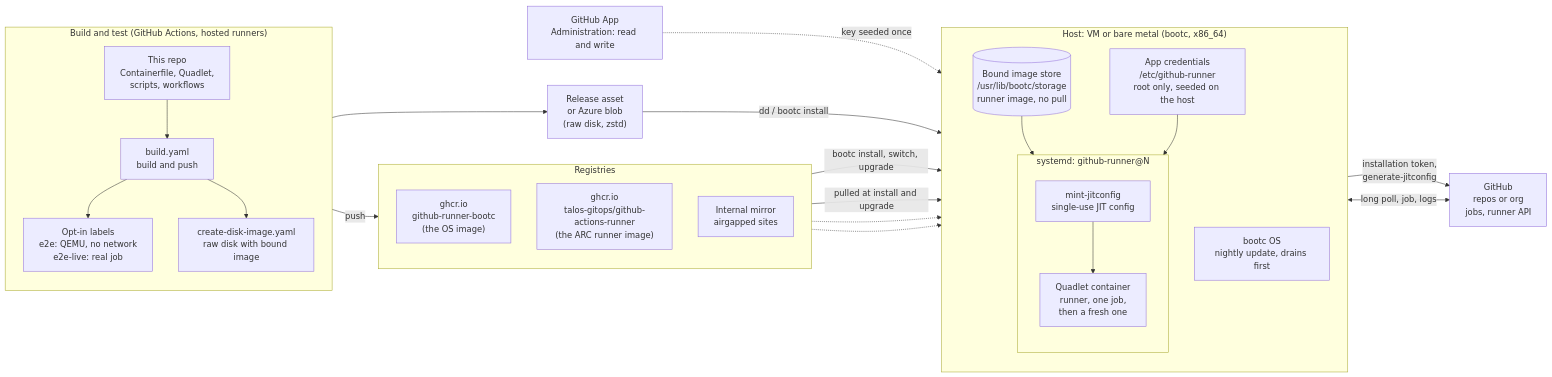
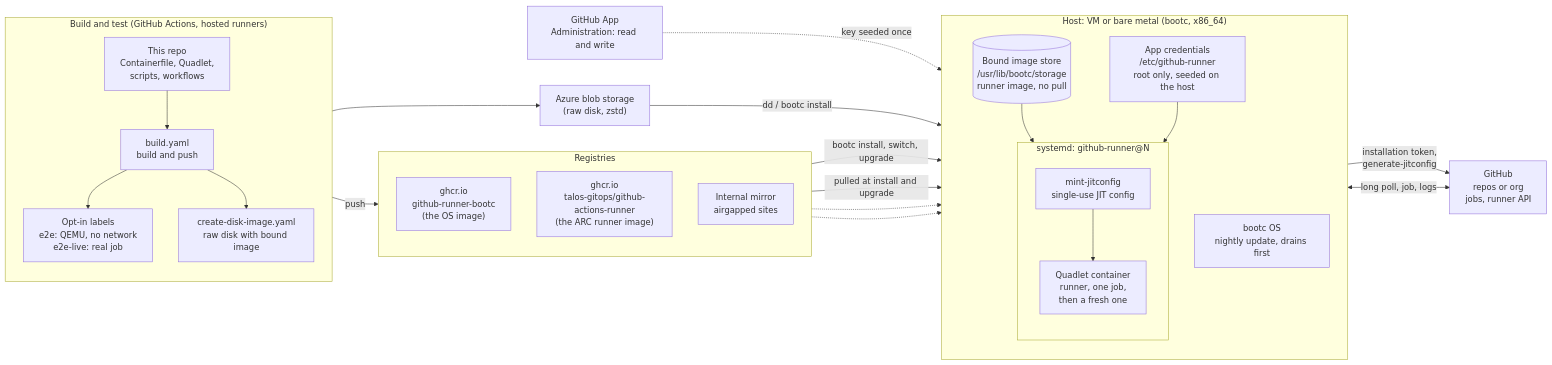
Before and after one commit to cthtrifork/github-runner-bootc: the first of 2 diagrams in docs/architecture.md, drawn with Mermaid. The commit also changed other lines of this file and 6 other files, not shown here.

First line of the commit message:
ci(disk): upload the disk image to Azure blob storage only

````diff
--- a/docs/architecture.md
+++ b/docs/architecture.md
@@ -7,50 +7,50 @@
 ```mermaid
 flowchart LR
     subgraph BUILD["Build and test (GitHub Actions, hosted runners)"]
         direction TB
         SRC["This repo<br/>Containerfile, Quadlet,<br/>scripts, workflows"]
         CI["build.yaml<br/>build and push"]
         E2E["Opt-in labels<br/>e2e: QEMU, no network<br/>e2e-live: real job"]
         DISK["create-disk-image.yaml<br/>raw disk with bound image"]
         SRC --> CI --> E2E
         CI --> DISK
     end
 
     subgraph REG["Registries"]
         direction TB
         OS["ghcr.io<br/>github-runner-bootc<br/>(the OS image)"]
         RUN["ghcr.io<br/>talos-gitops/github-actions-runner<br/>(the ARC runner image)"]
         MIRROR["Internal mirror<br/>airgapped sites"]
     end
 
-    DEST["Release asset<br/>or Azure blob<br/>(raw disk, zstd)"]
+    DEST["Azure blob storage<br/>(raw disk, zstd)"]
 
     subgraph HOST["Host: VM or bare metal (bootc, x86_64)"]
         direction TB
         BOOTC["bootc OS<br/>nightly update, drains first"]
         BOUND[("Bound image store<br/>/usr/lib/bootc/storage<br/>runner image, no pull")]
         subgraph UNITS["systemd: github-runner@N"]
             direction TB
             MINT["mint-jitconfig<br/>single-use JIT config"]
             CTR["Quadlet container<br/>runner, one job,<br/>then a fresh one"]
             MINT --> CTR
         end
         SEED["App credentials<br/>/etc/github-runner<br/>root only, seeded on the host"]
         BOUND --> CTR
         SEED --> MINT
     end
 
     GH["GitHub<br/>repos or org<br/>jobs, runner API"]
     APP["GitHub App<br/>Administration: read and write"]
 
     CI -- "push" --> OS
     DISK --> DEST
     DEST -- "dd / bootc install" --> HOST
     OS -- "bootc install, switch, upgrade" --> BOOTC
     RUN -- "pulled at install and upgrade" --> BOUND
     MIRROR -.-> BOOTC
     MIRROR -.-> BOUND
     APP -. "key seeded once" .-> SEED
     MINT -- "installation token,<br/>generate-jitconfig" --> GH
     CTR <-- "long poll, job, logs" --> GH
 ```
````
